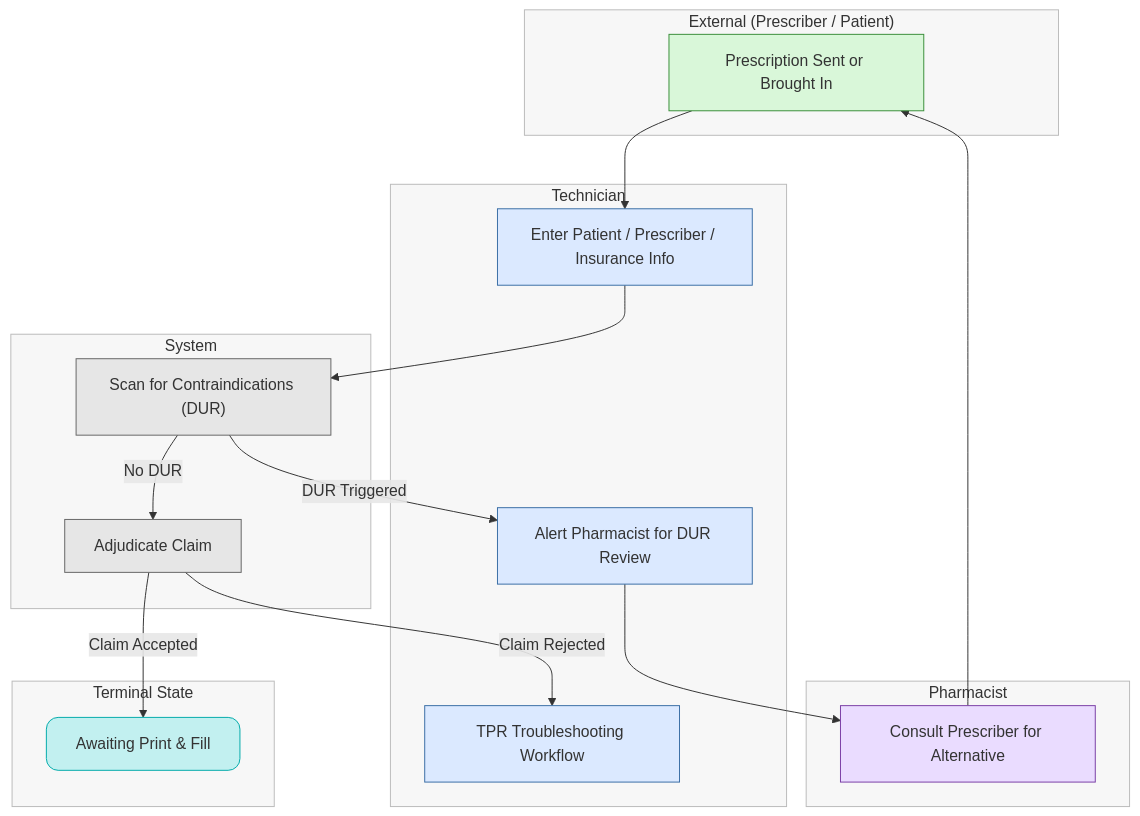
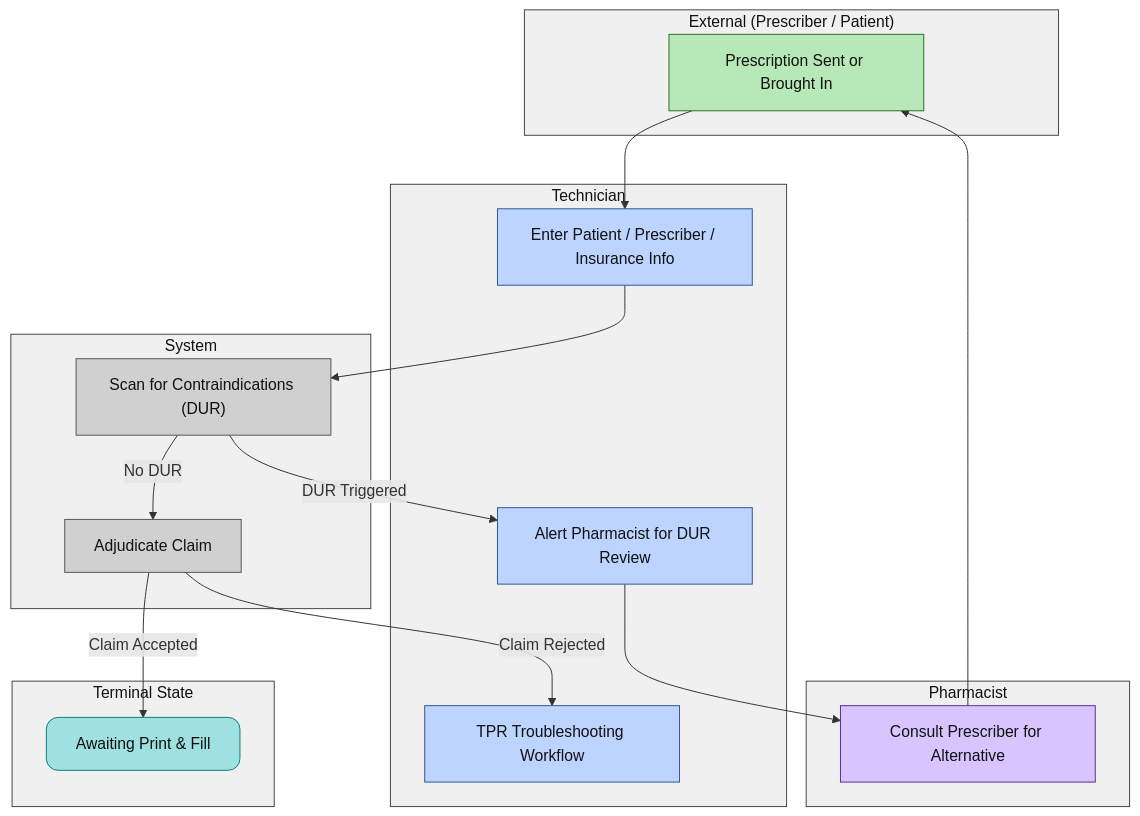
The first of 2 diagrams in core_operations.md (ctnava/rxtechnotes), drawn with Mermaid before and after one commit. The commit also changed other lines of this file, not shown here.

Commit message:
dark mode safe hopefully

````diff
--- a/core_operations.md
+++ b/core_operations.md
@@ -180,58 +180,58 @@
 ```mermaid
 flowchart TD
 
 %% =========================
 %% STYLE DEFINITIONS
 %% =========================
-classDef lane fill:#f7f7f7,stroke:#bbb,stroke-width:1px
-classDef external fill:#d9f7d9,stroke:#3a8f3a,stroke-width:1px
-classDef tech fill:#dbe9ff,stroke:#3a6ea5,stroke-width:1px
-classDef pharm fill:#eadcff,stroke:#7a3ea5,stroke-width:1px
-classDef system fill:#e6e6e6,stroke:#666,stroke-width:1px
-classDef terminator fill:#c2f0f0,stroke:#0aa,stroke-width:1px,rx:12,ry:12
-classDef decision fill:#fff2cc,stroke:#b59b00,stroke-width:1px,rx:4,ry:4
+classDef lane fill:#f0f0f0,stroke:#444,stroke-width:1px,color:#111
+classDef external fill:#b7e8b7,stroke:#2d6b2d,stroke-width:1px,color:#111
+classDef tech fill:#bcd4ff,stroke:#2f5597,stroke-width:1px,color:#111
+classDef pharm fill:#d8c4ff,stroke:#5a2d91,stroke-width:1px,color:#111
+classDef system fill:#d0d0d0,stroke:#555,stroke-width:1px,color:#111
+classDef terminator fill:#9fe0e0,stroke:#0a7a7a,stroke-width:1px,rx:12,ry:12,color:#111
+classDef decision fill:#ffe98a,stroke:#b58a00,stroke-width:1px,rx:4,ry:4,color:#111
 
 %% =========================
 %% SWIMLANES
 %% =========================
 
 subgraph EXT["External (Prescriber / Patient)"]
     H1["Prescription Sent or Brought In"]:::external
 end
 class EXT lane
 
 subgraph TECH["Technician"]
     T1["Enter Patient / Prescriber / Insurance Info"]:::tech
     T2["TPR Troubleshooting Workflow"]:::tech
     T3["Alert Pharmacist for DUR Review"]:::tech
 end
 class TECH lane
 
 subgraph SYS["System"]
     S1["Scan for Contraindications (DUR)"]:::system
     S2["Adjudicate Claim"]:::system
 end
 class SYS lane
 
 subgraph PHARM["Pharmacist"]
     P1["Consult Prescriber for Alternative"]:::pharm
 end
 class PHARM lane
 
 subgraph TERM["Terminal State"]
     Z1["Awaiting Print & Fill"]:::terminator
 end
 class TERM lane
 
 %% =========================
 %% FLOW
 %% =========================
 
 H1 --> T1 --> S1
 
 S1 -->|DUR Triggered| T3 --> P1 --> H1
 S1 -->|No DUR| S2
 
 S2 -->|Claim Accepted| Z1
 S2 -->|Claim Rejected| T2
 ```
````
